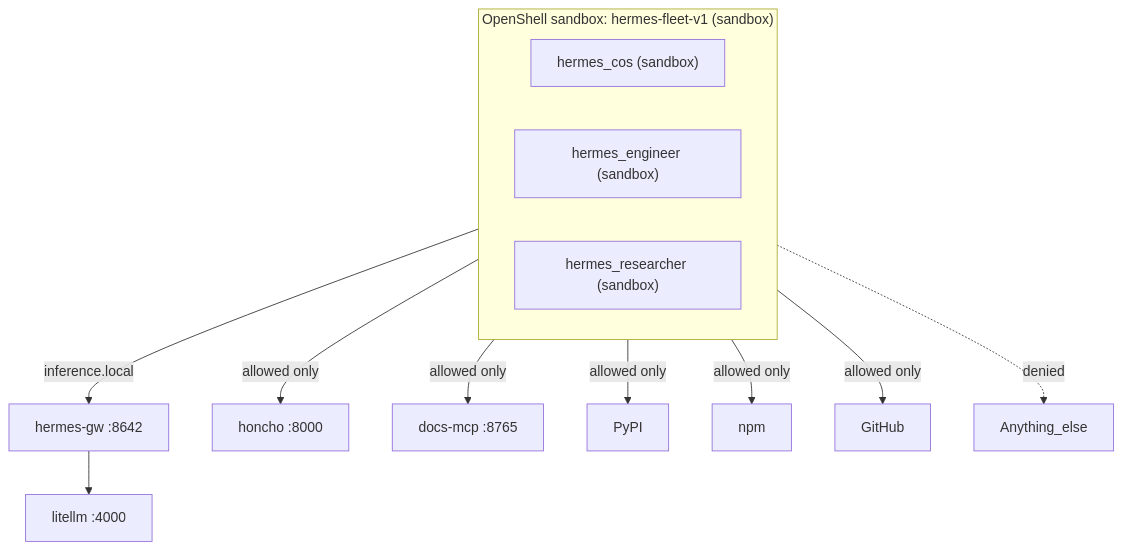
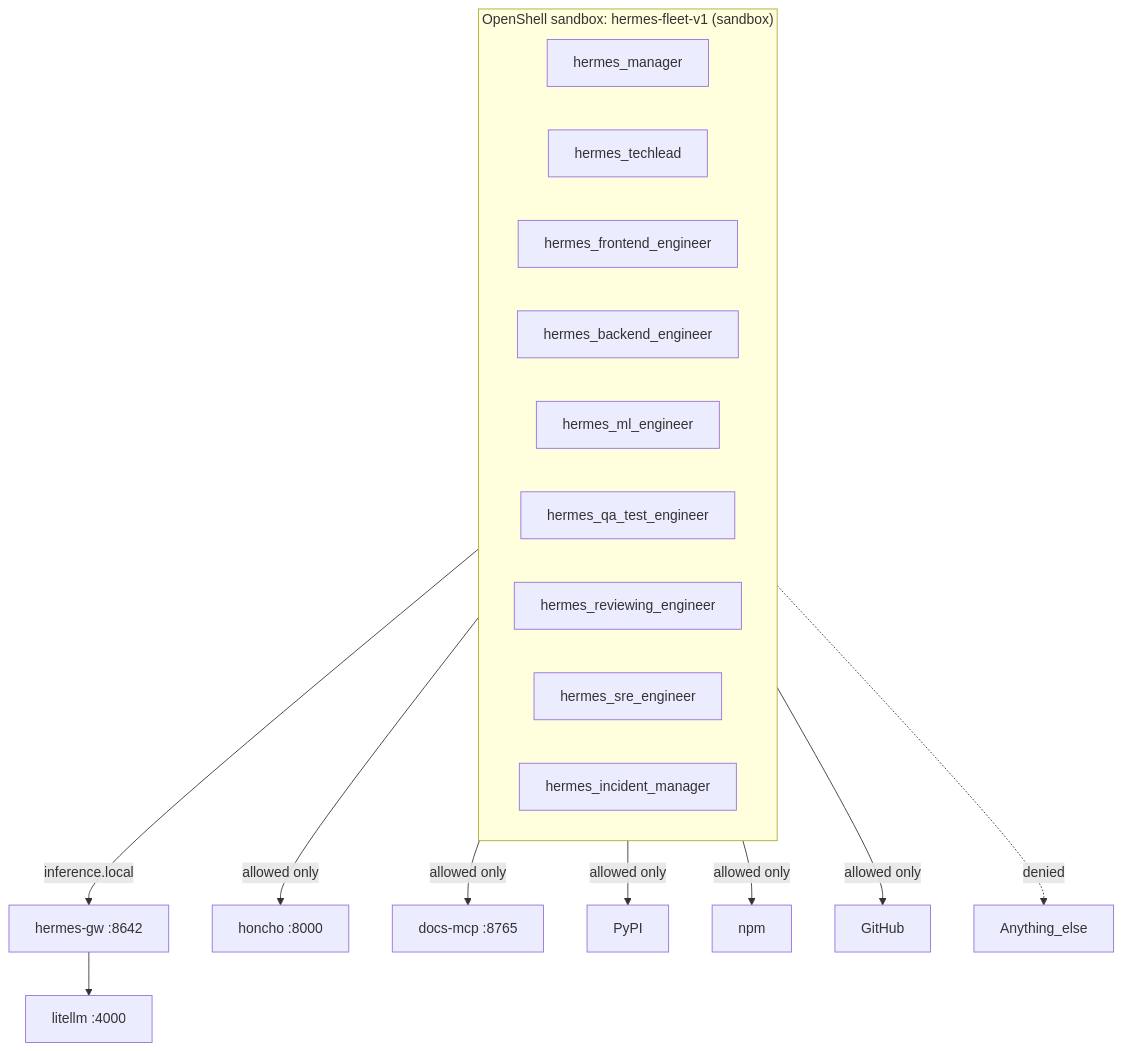
Before and after one commit to mayssamj/versatile-ai-stack: the ninth of 21 diagrams in doc/STACK-GUIDE.md, drawn with Mermaid. The commit also changed other lines of this file and 17 other files, not shown here.

````diff
--- a/doc/STACK-GUIDE.md
+++ b/doc/STACK-GUIDE.md
@@ -477,10 +477,10 @@
 ```mermaid
 flowchart TB
   subgraph SBX["OpenShell sandbox: hermes-fleet-v1 (sandbox)"]
-    H1["hermes_cos (sandbox)"] & H2["hermes_engineer (sandbox)"] & H3["hermes_researcher (sandbox)"]
+    H1["hermes_manager"] & H2["hermes_techlead"] & H3["hermes_frontend_engineer"] & H4["hermes_backend_engineer"] & H5["hermes_ml_engineer"] & H6["hermes_qa_test_engineer"] & H7["hermes_reviewing_engineer"] & H8["hermes_sre_engineer"] & H9["hermes_incident_manager"]
   end
   SBX -- inference.local --> Proxy[hermes-gw :8642]
   Proxy --> LL[litellm :4000]
   SBX -- allowed only --> Honcho[honcho :8000] & DocsMCP[docs-mcp :8765] & PyPI & npm & GitHub
   SBX -. denied .-> Anything_else
 ```
````
